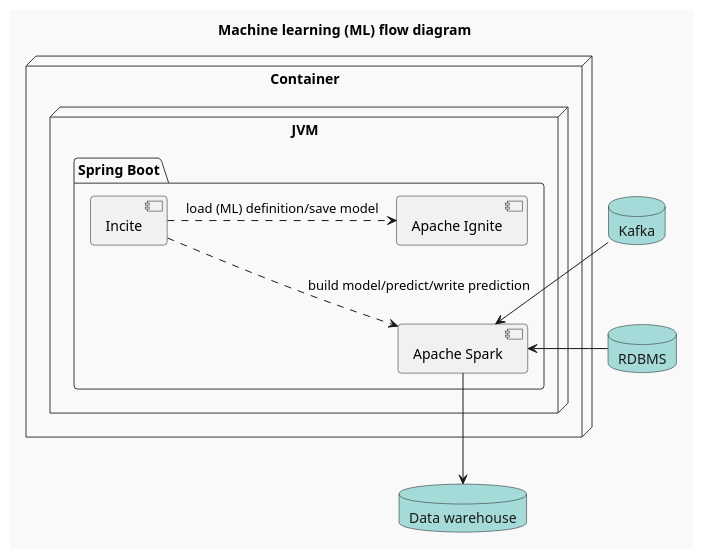
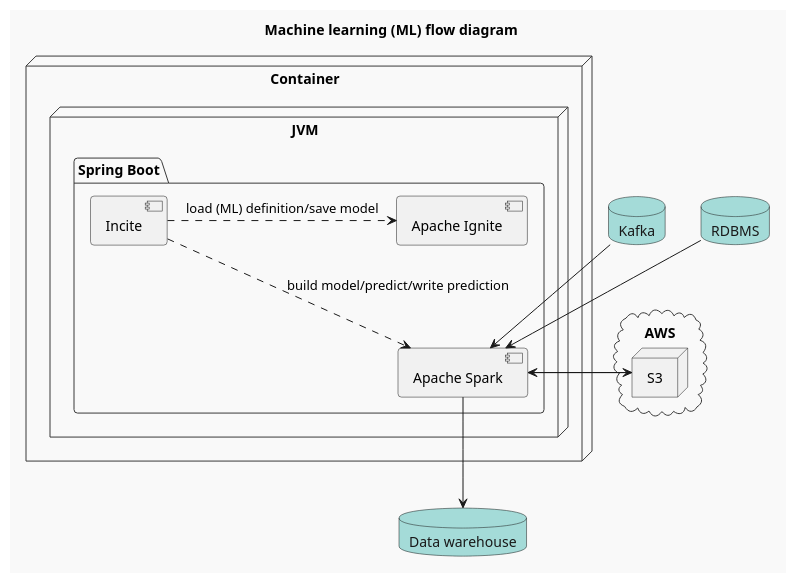
One commit to Stiggy-C/incite changed the diagram in ml_flow_diagram.puml. Above: the diagram before and after it, drawn with PlantUML. The commit also changed 8 other files, not shown here.

```diff
--- a/ml_flow_diagram.puml
+++ b/ml_flow_diagram.puml
@@ -1,34 +1,41 @@
 @startuml
 'https://plantuml.com/component-diagram
 
 !theme mars
 
 title "Machine learning (ML) flow diagram"
+
+cloud "AWS" {
+
+    node "S3" as s3
+}
 
 database "Kafka" as kafka
 
 database "RDBMS" as mysql
 
 database "Data warehouse" as postgres
 
 node "Container" {
 
     node "JVM" {
 
         package "Spring Boot" {
 
             component "Incite" as incite
             component "Apache Ignite" as ignite
             component "Apache Spark" as spark
 
         }
     }
 }
 
 incite .> ignite : load (ML) definition/save model
 incite ..> spark : build model/predict/write prediction
 kafka --> spark
-mysql -> spark
+mysql --> spark
+s3 -> spark
 spark --> postgres
+spark -> s3
 
 @enduml
```
